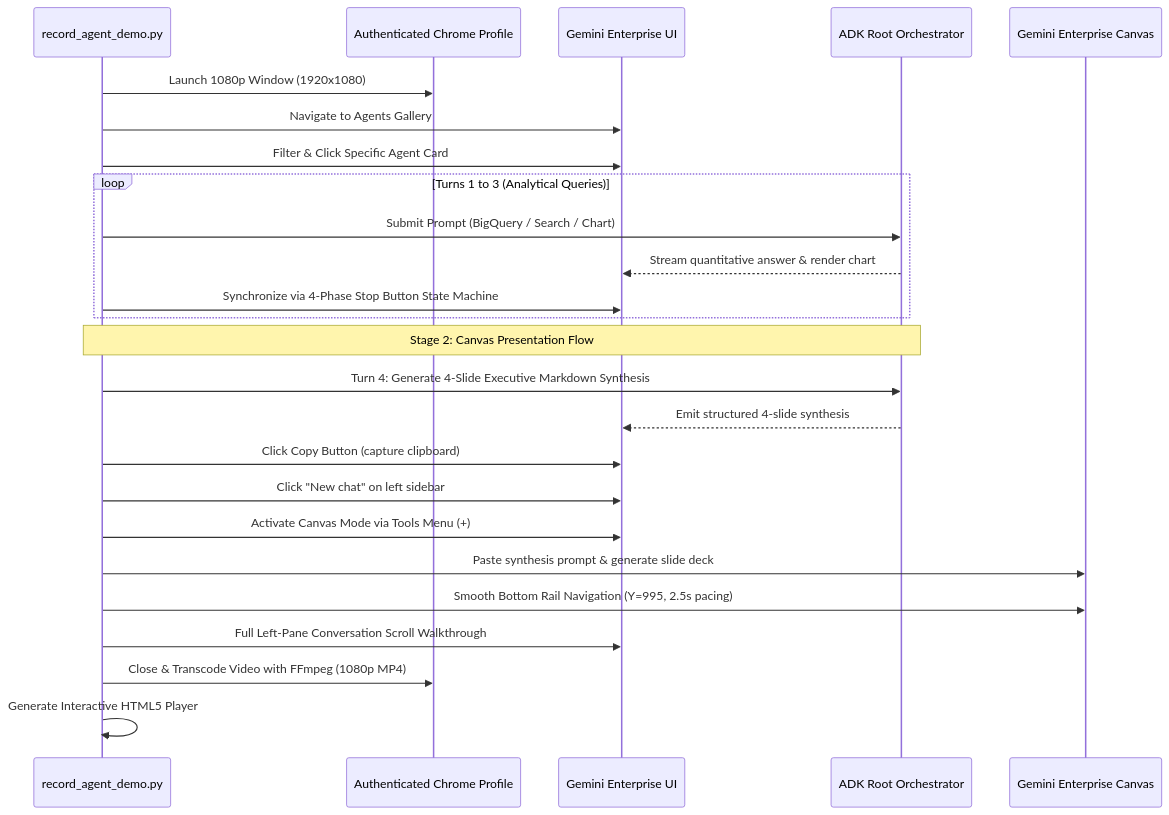
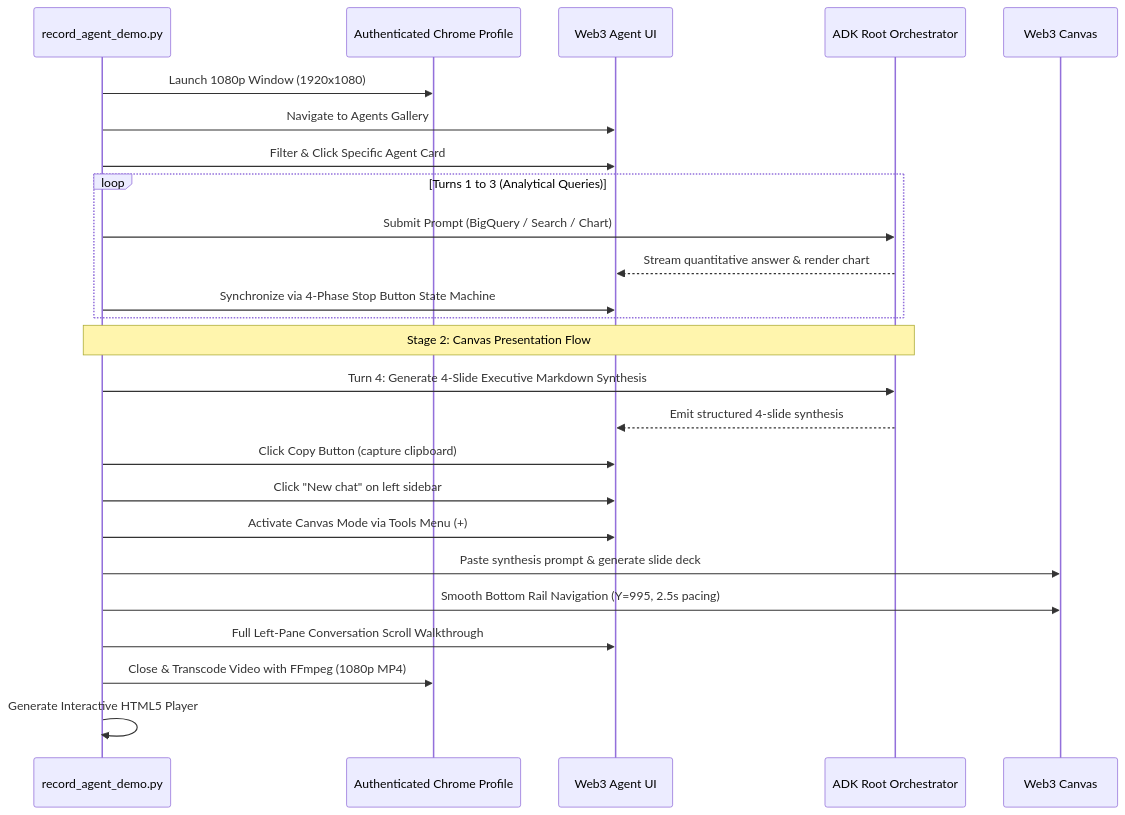
One commit to daricemp1/web3-enterprise-agents changed the third of 3 diagrams in ARCHITECTURE.md. Above: the diagram before and after it, drawn with Mermaid. The commit also changed other lines of this file and 26 other files, not shown here.

Commit message:
feat(branding): update UI, portal, showcases, and demo videos to Web3 Agent Catalog

````diff
--- a/ARCHITECTURE.md
+++ b/ARCHITECTURE.md
@@ -173,30 +173,30 @@
 ```mermaid
 sequenceDiagram
     participant Harness as record_agent_demo.py
     participant Chrome as Authenticated Chrome Profile
-    participant GE as Gemini Enterprise UI
+    participant GE as Web3 Agent UI
     participant Agent as ADK Root Orchestrator
-    participant Canvas as Gemini Enterprise Canvas
+    participant Canvas as Web3 Canvas
 
     Harness->>Chrome: Launch 1080p Window (1920x1080)
     Harness->>GE: Navigate to Agents Gallery
     Harness->>GE: Filter & Click Specific Agent Card
     
     loop Turns 1 to 3 (Analytical Queries)
         Harness->>Agent: Submit Prompt (BigQuery / Search / Chart)
         Agent-->>GE: Stream quantitative answer & render chart
         Harness->>GE: Synchronize via 4-Phase Stop Button State Machine
     end
     
     Note over Harness,Agent: Stage 2: Canvas Presentation Flow
     Harness->>Agent: Turn 4: Generate 4-Slide Executive Markdown Synthesis
     Agent-->>GE: Emit structured 4-slide synthesis
     Harness->>GE: Click Copy Button (capture clipboard)
     Harness->>GE: Click "New chat" on left sidebar
     Harness->>GE: Activate Canvas Mode via Tools Menu (+)
     Harness->>Canvas: Paste synthesis prompt & generate slide deck
     Harness->>Canvas: Smooth Bottom Rail Navigation (Y=995, 2.5s pacing)
     Harness->>GE: Full Left-Pane Conversation Scroll Walkthrough
     Harness->>Chrome: Close & Transcode Video with FFmpeg (1080p MP4)
     Harness->>Harness: Generate Interactive HTML5 Player
 ```
````
